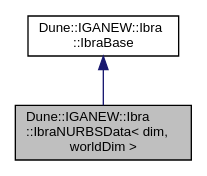
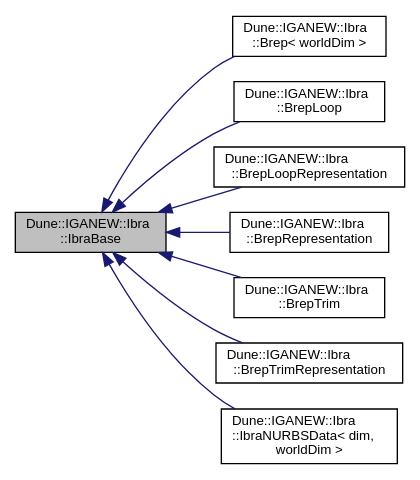
Before and after one commit to rath3t/dune-iga-doc: the diagram in de/d85/a01273.dot, drawn with Graphviz. The commit also changed 968 other files, not shown here.

```diff
--- a/de/d85/a01273.dot
+++ b/de/d85/a01273.dot
@@ -1,9 +1,22 @@
-digraph "Dune::IGANEW::Ibra::IbraNURBSData&lt; dim, worldDim &gt;"
+digraph "Dune::IGANEW::Ibra::IbraBase"
 {
  // LATEX_PDF_SIZE
   edge [fontname="Helvetica",fontsize="10",labelfontname="Helvetica",labelfontsize="10"];
   node [fontname="Helvetica",fontsize="10",shape=record];
-  Node1 [label="Dune::IGANEW::Ibra\l::IbraNURBSData\< dim,\l worldDim \>",height=0.2,width=0.4,color="black", fillcolor="grey75", style="filled", fontcolor="black",tooltip=" "];
-  Node2 -> Node1 [dir="back",color="midnightblue",fontsize="10",style="solid",fontname="Helvetica"];
-  Node2 [label="Dune::IGANEW::Ibra\l::IbraBase",height=0.2,width=0.4,color="black", fillcolor="white", style="filled",URL="$da/d00/a01270.html",tooltip=" "];
+  rankdir="LR";
+  Node1 [label="Dune::IGANEW::Ibra\l::IbraBase",height=0.2,width=0.4,color="black", fillcolor="grey75", style="filled", fontcolor="black",tooltip=" "];
+  Node1 -> Node2 [dir="back",color="midnightblue",fontsize="10",style="solid",fontname="Helvetica"];
+  Node2 [label="Dune::IGANEW::Ibra\l::Brep\< worldDim \>",height=0.2,width=0.4,color="black", fillcolor="white", style="filled",URL="$dc/de0/a01302.html",tooltip=" "];
+  Node1 -> Node3 [dir="back",color="midnightblue",fontsize="10",style="solid",fontname="Helvetica"];
+  Node3 [label="Dune::IGANEW::Ibra\l::BrepLoop",height=0.2,width=0.4,color="black", fillcolor="white", style="filled",URL="$d7/d88/a01294.html",tooltip=" "];
+  Node1 -> Node4 [dir="back",color="midnightblue",fontsize="10",style="solid",fontname="Helvetica"];
+  Node4 [label="Dune::IGANEW::Ibra\l::BrepLoopRepresentation",height=0.2,width=0.4,color="black", fillcolor="white", style="filled",URL="$dc/ded/a01290.html",tooltip=" "];
+  Node1 -> Node5 [dir="back",color="midnightblue",fontsize="10",style="solid",fontname="Helvetica"];
+  Node5 [label="Dune::IGANEW::Ibra\l::BrepRepresentation",height=0.2,width=0.4,color="black", fillcolor="white", style="filled",URL="$d4/d34/a01298.html",tooltip=" "];
+  Node1 -> Node6 [dir="back",color="midnightblue",fontsize="10",style="solid",fontname="Helvetica"];
+  Node6 [label="Dune::IGANEW::Ibra\l::BrepTrim",height=0.2,width=0.4,color="black", fillcolor="white", style="filled",URL="$d0/d00/a01286.html",tooltip=" "];
+  Node1 -> Node7 [dir="back",color="midnightblue",fontsize="10",style="solid",fontname="Helvetica"];
+  Node7 [label="Dune::IGANEW::Ibra\l::BrepTrimRepresentation",height=0.2,width=0.4,color="black", fillcolor="white", style="filled",URL="$d8/d17/a01282.html",tooltip=" "];
+  Node1 -> Node8 [dir="back",color="midnightblue",fontsize="10",style="solid",fontname="Helvetica"];
+  Node8 [label="Dune::IGANEW::Ibra\l::IbraNURBSData\< dim,\l worldDim \>",height=0.2,width=0.4,color="black", fillcolor="white", style="filled",URL="$d4/d10/a01278.html",tooltip=" "];
 }
```
